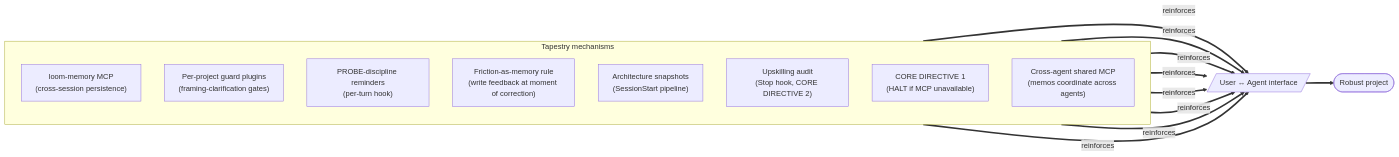
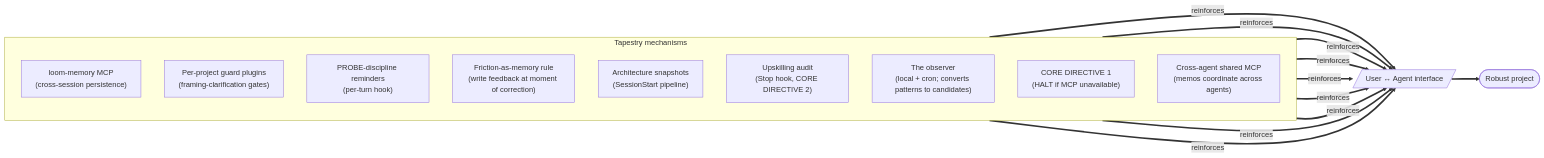
One commit to Lizo-RoadTown/tapestry changed the third of 5 diagrams in apps/docs-site/src/content/docs/explanation/discipline-stack.md. Above: the diagram before and after it, drawn with Mermaid. The commit also changed other lines of this file and 8 other files, not shown here.

First line of the commit message:
docs(site): v1.3 — observer + audience reframe + diagram + CSS fixes

````diff
--- a/apps/docs-site/src/content/docs/explanation/discipline-stack.md
+++ b/apps/docs-site/src/content/docs/explanation/discipline-stack.md
@@ -54,27 +54,29 @@
 ```mermaid
 flowchart LR
   IFACE[/"User ↔ Agent interface"/]
 
   subgraph REINFORCEMENT["Tapestry mechanisms"]
     direction TB
     M1["loom-memory MCP<br/>(cross-session persistence)"]
     M2["Per-project guard plugins<br/>(framing-clarification gates)"]
     M3["PROBE-discipline reminders<br/>(per-turn hook)"]
     M4["Friction-as-memory rule<br/>(write feedback at moment of correction)"]
     M5["Architecture snapshots<br/>(SessionStart pipeline)"]
     M6["Upskilling audit<br/>(Stop hook, CORE DIRECTIVE 2)"]
-    M7["CORE DIRECTIVE 1<br/>(HALT if MCP unavailable)"]
-    M8["Cross-agent shared MCP<br/>(memos coordinate across agents)"]
+    M7["The observer<br/>(local + cron; converts patterns to candidates)"]
+    M8["CORE DIRECTIVE 1<br/>(HALT if MCP unavailable)"]
+    M9["Cross-agent shared MCP<br/>(memos coordinate across agents)"]
   end
 
   M1 ==>|"reinforces"| IFACE
   M2 ==>|"reinforces"| IFACE
   M3 ==>|"reinforces"| IFACE
   M4 ==>|"reinforces"| IFACE
   M5 ==>|"reinforces"| IFACE
   M6 ==>|"reinforces"| IFACE
   M7 ==>|"reinforces"| IFACE
   M8 ==>|"reinforces"| IFACE
+  M9 ==>|"reinforces"| IFACE
 
   IFACE ==> STRONG([Robust project])
 ```
````
